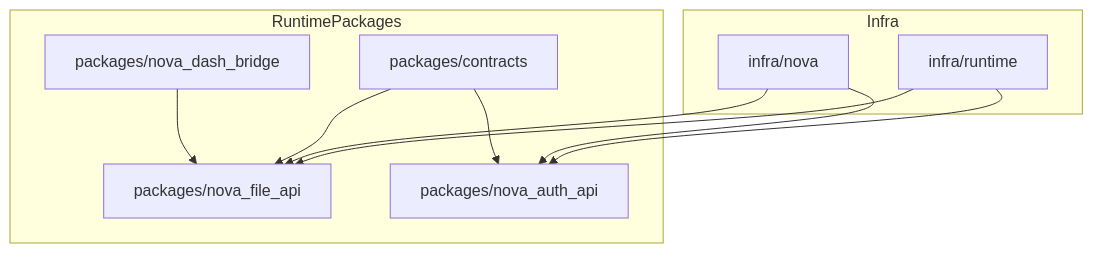
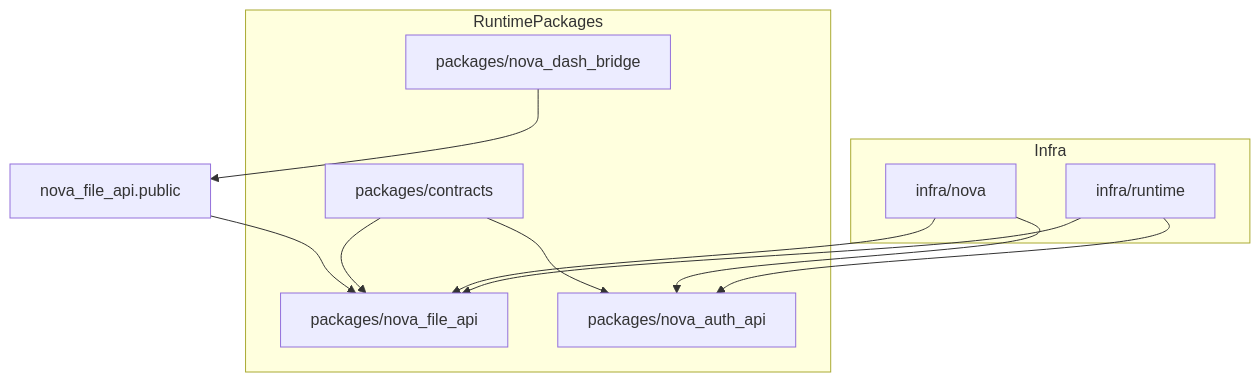
One commit to BjornMelin/nova changed the first of 6 diagrams in docs/overview/NOVA-REPO-OVERVIEW.md. Above: the diagram before and after it, drawn with Mermaid. The commit also changed other lines of this file and 26 other files, not shown here.

````diff
--- a/docs/overview/NOVA-REPO-OVERVIEW.md
+++ b/docs/overview/NOVA-REPO-OVERVIEW.md
@@ -27,21 +27,22 @@
 ```mermaid
 flowchart TB
     subgraph RuntimePackages
         P1["packages/nova_file_api"]
         P2["packages/nova_auth_api"]
         P3["packages/nova_dash_bridge"]
         P4["packages/contracts"]
     end
     subgraph Infra
         I1["infra/nova"]
         I2["infra/runtime"]
     end
 
-    P3 --> P1
+    P3 --> PUB["nova_file_api.public"]
+    PUB --> P1
     P4 --> P1
     P4 --> P2
     I1 --> P1
     I1 --> P2
     I2 --> P1
     I2 --> P2
 ```
````
